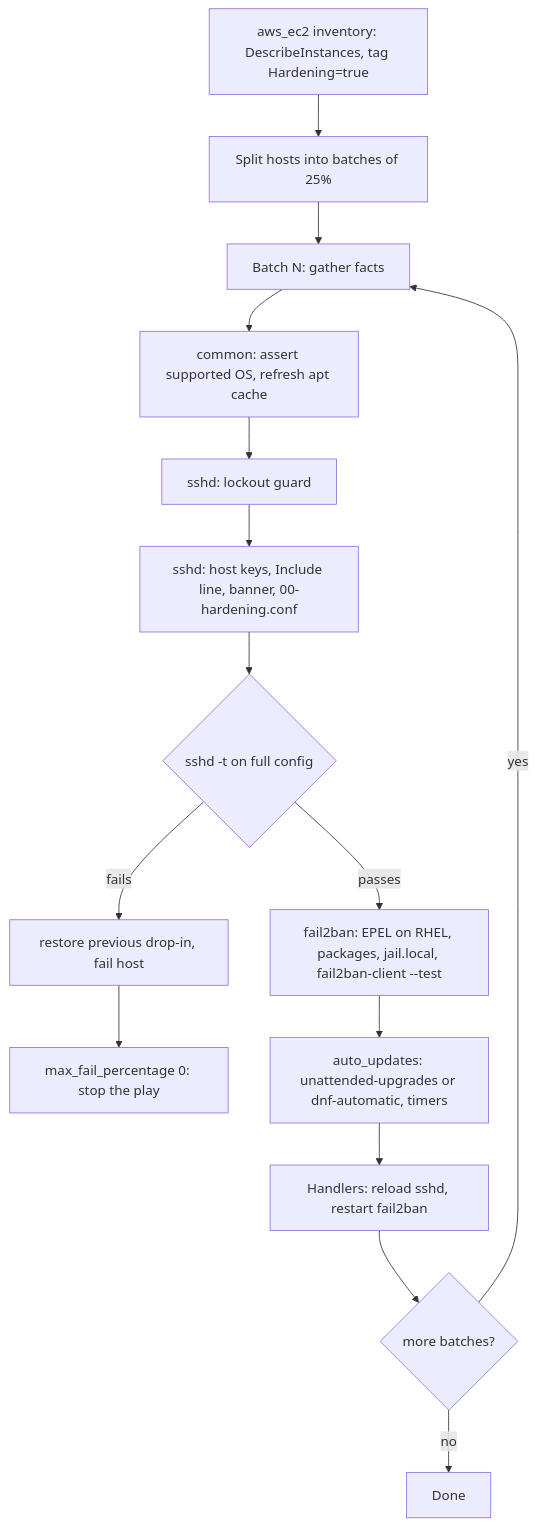
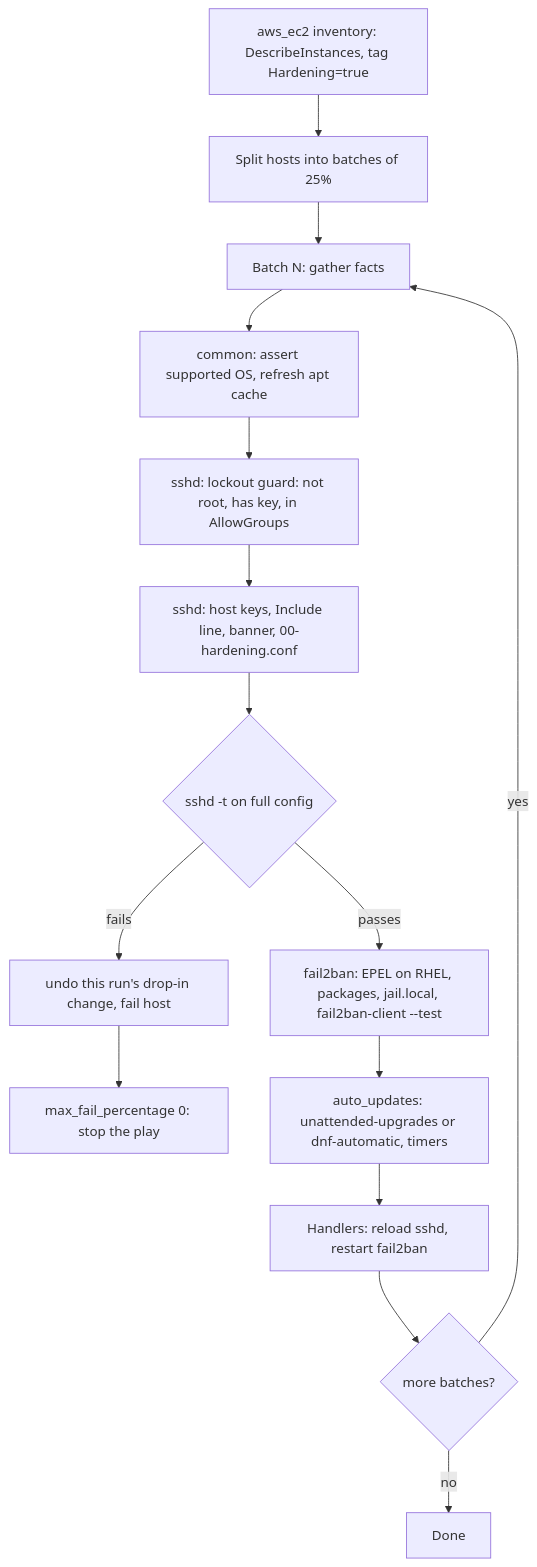
The diagram in docs/BUILD_GUIDE.md (johnvega-cloud/ansible-linux-hardening), drawn with Mermaid before and after one commit. The commit also changed other lines of this file and 2 other files, not shown here.

Commit message:
docs: document EL9-only support, rollback scope, guard checks and behaviour tests

````diff
--- a/docs/BUILD_GUIDE.md
+++ b/docs/BUILD_GUIDE.md
@@ -48,17 +50,17 @@
 ```mermaid
 flowchart TD
   A[aws_ec2 inventory: DescribeInstances, tag Hardening=true] --> B[Split hosts into batches of 25%]
   B --> C[Batch N: gather facts]
   C --> D[common: assert supported OS, refresh apt cache]
-  D --> E[sshd: lockout guard]
+  D --> E[sshd: lockout guard: not root, has key, in AllowGroups]
   E --> F[sshd: host keys, Include line, banner, 00-hardening.conf]
   F --> G{sshd -t on full config}
-  G -- fails --> H[restore previous drop-in, fail host]
+  G -- fails --> H[undo this run's drop-in change, fail host]
   H --> X[max_fail_percentage 0: stop the play]
   G -- passes --> I[fail2ban: EPEL on RHEL, packages, jail.local, fail2ban-client --test]
   I --> J[auto_updates: unattended-upgrades or dnf-automatic, timers]
   J --> K[Handlers: reload sshd, restart fail2ban]
   K --> L{more batches?}
   L -- yes --> C
   L -- no --> M[Done]
 ```
````
